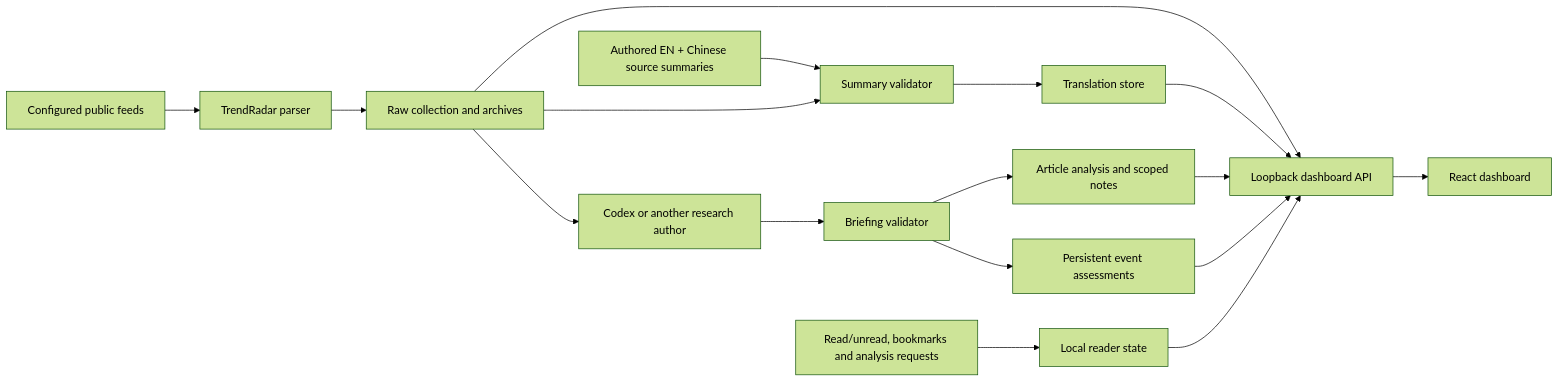
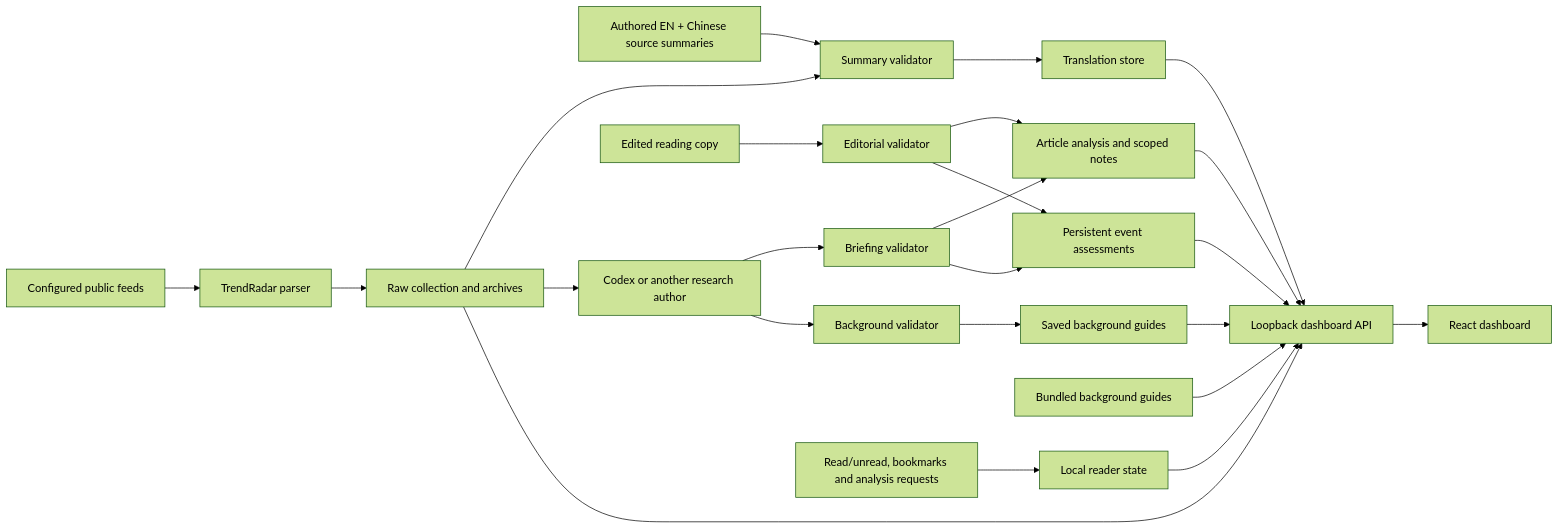
The diagram in docs/ARCHITECTURE.md (stevenchenjy/meridian-news-desk), drawn with Mermaid (forest theme) before and after one commit. The commit also changed other lines of this file and 63 other files, not shown here.

````diff
--- a/docs/ARCHITECTURE.md
+++ b/docs/ARCHITECTURE.md
@@ -5,19 +5,26 @@
 ```mermaid
 flowchart LR
   Feeds[Configured public feeds] --> Parser[TrendRadar parser]
   Parser --> Raw[Raw collection and archives]
   Translation[Authored EN + Chinese source summaries] --> SummaryImport[Summary validator]
   Raw --> SummaryImport
   SummaryImport --> Summaries[Translation store]
   Research[Codex or another research author] --> AnalysisImport[Briefing validator]
   Raw --> Research
   AnalysisImport --> Analysis[Article analysis and scoped notes]
   AnalysisImport --> Events[Persistent event assessments]
+  Editorial[Edited reading copy] --> EditorialImport[Editorial validator]
+  EditorialImport --> Analysis
+  EditorialImport --> Events
+  Research --> BackgroundImport[Background validator]
+  BackgroundImport --> Background[Saved background guides]
+  Bundled[Bundled background guides] --> API
+  Background --> API
   Raw --> API[Loopback dashboard API]
   Summaries --> API
   Analysis --> API
   Events --> API
   Reader[Read/unread, bookmarks and analysis requests] --> State[Local reader state]
   State --> API
   API --> UI[React dashboard]
 ```
````
